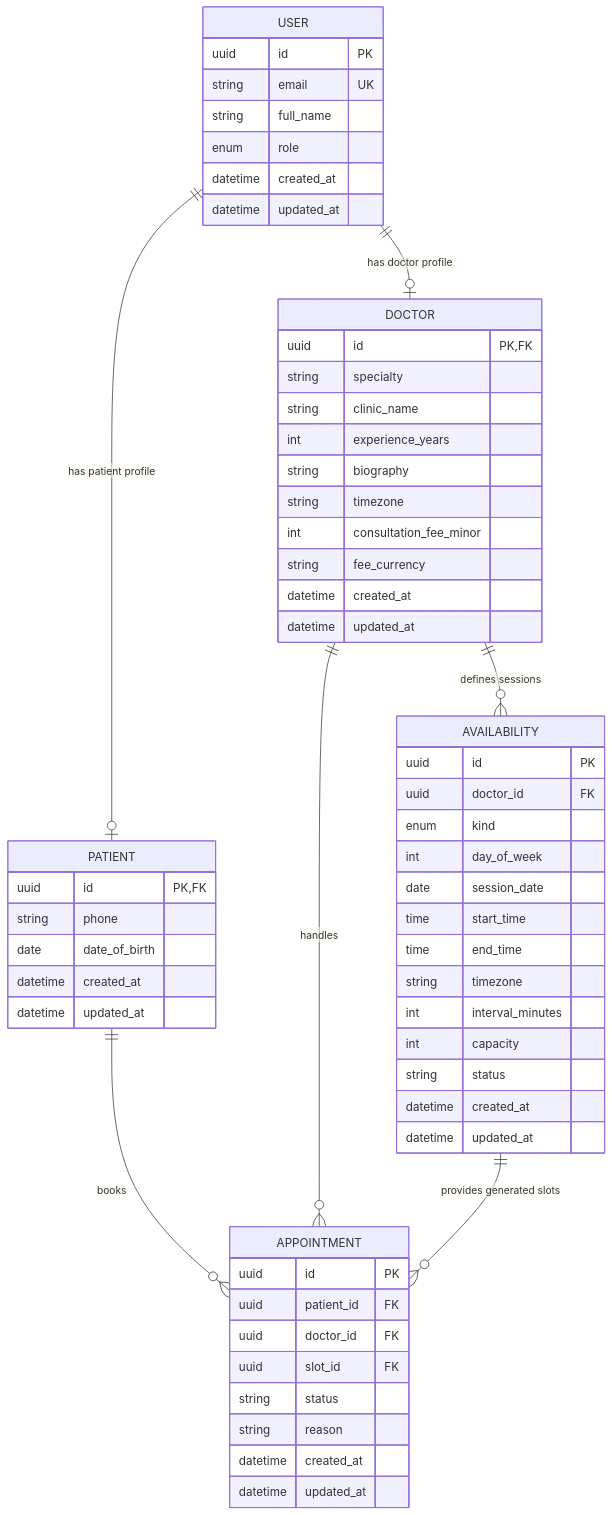
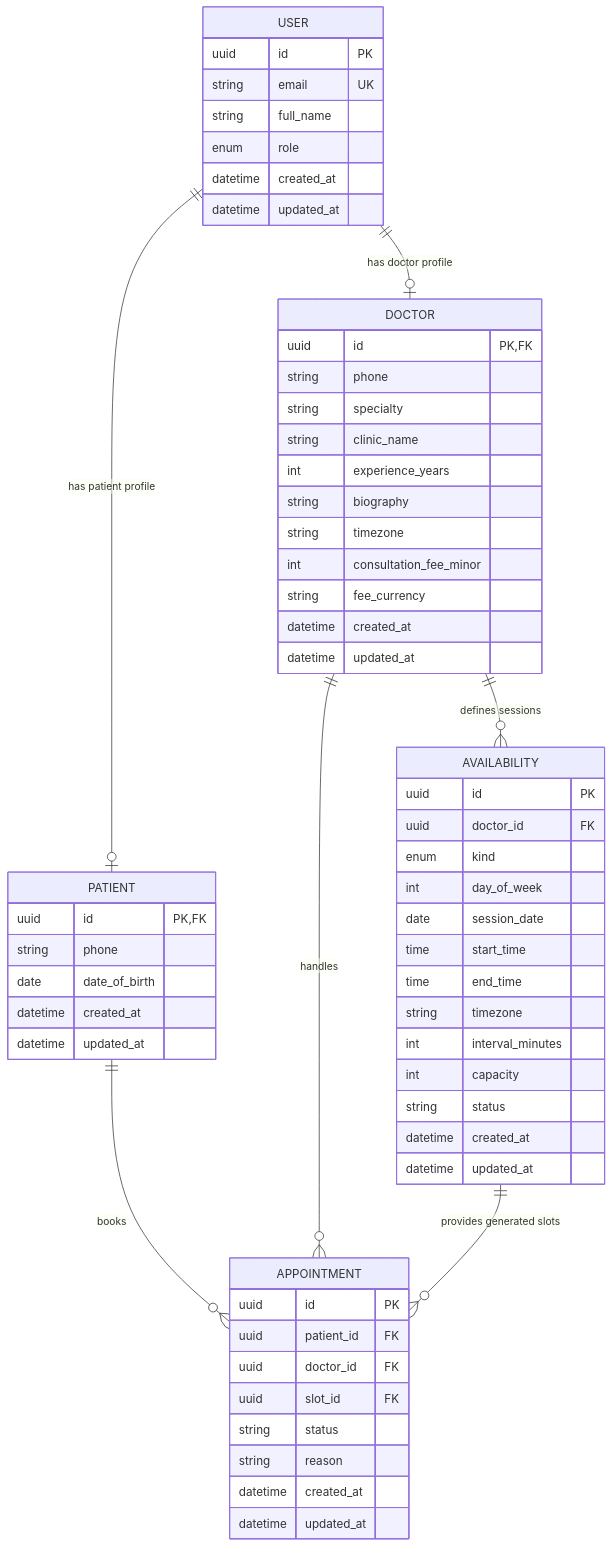
Before and after one commit to bhaskarpandey1234/schedula-bhaskar-pandey: the diagram in docs/er-diagram.md, drawn with Mermaid. The commit also changed other lines of this file and 49 other files, not shown here.

````diff
--- a/docs/er-diagram.md
+++ b/docs/er-diagram.md
@@ -5,66 +5,67 @@
 ```mermaid
 erDiagram
     USER {
         uuid id PK
         string email UK
         string full_name
         enum role
         datetime created_at
         datetime updated_at
     }
 
     PATIENT {
         uuid id PK, FK
         string phone
         date date_of_birth
         datetime created_at
         datetime updated_at
     }
 
     DOCTOR {
         uuid id PK, FK
+        string phone
         string specialty
         string clinic_name
         int experience_years
         string biography
         string timezone
         int consultation_fee_minor
         string fee_currency
         datetime created_at
         datetime updated_at
     }
 
     AVAILABILITY {
         uuid id PK
         uuid doctor_id FK
         enum kind
         int day_of_week
         date session_date
         time start_time
         time end_time
         string timezone
         int interval_minutes
         int capacity
         string status
         datetime created_at
         datetime updated_at
     }
 
     APPOINTMENT {
         uuid id PK
         uuid patient_id FK
         uuid doctor_id FK
         uuid slot_id FK
         string status
         string reason
         datetime created_at
         datetime updated_at
     }
 
     USER ||--o| PATIENT : "has patient profile"
     USER ||--o| DOCTOR : "has doctor profile"
     DOCTOR ||--o{ AVAILABILITY : "defines sessions"
     PATIENT ||--o{ APPOINTMENT : "books"
     DOCTOR ||--o{ APPOINTMENT : "handles"
     AVAILABILITY ||--o{ APPOINTMENT : "provides generated slots"
 ```
````
